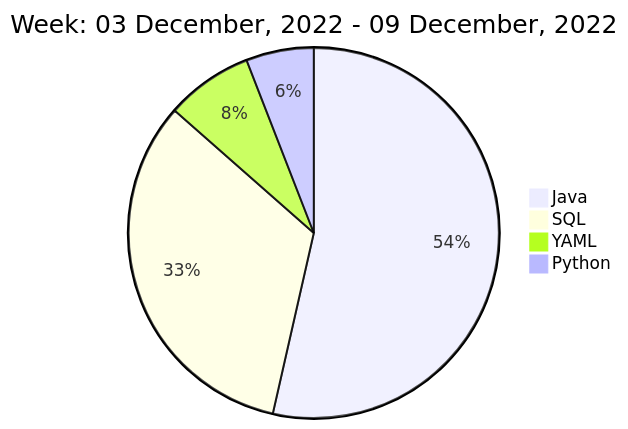
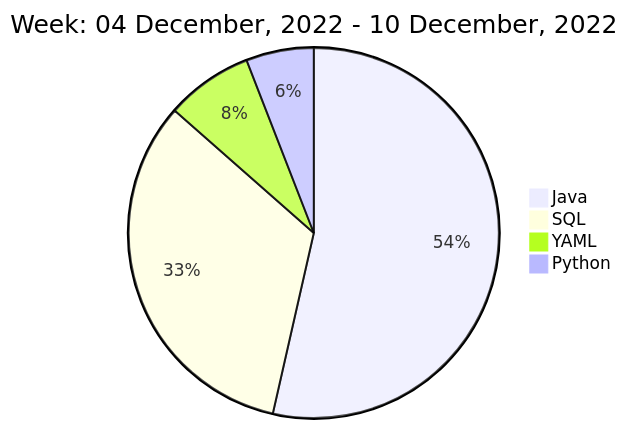
Before and after one commit to liubin95/liubin95: the diagram in README.md, drawn with Mermaid.

Commit message:
Updated the Graph with new Metrics

````diff
--- a/README.md
+++ b/README.md
@@ -40,8 +40,8 @@
 ```mermaid
  pie
-title Week: 03 December, 2022 - 09 December, 2022
+title Week: 04 December, 2022 - 10 December, 2022
  "Java" : 10.7
  "SQL" : 6.58
  "YAML" : 1.52
  "Python" : 1.18
 ```
````
